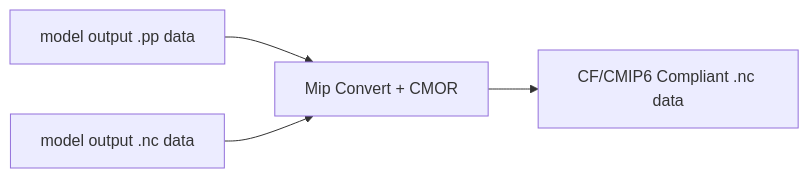
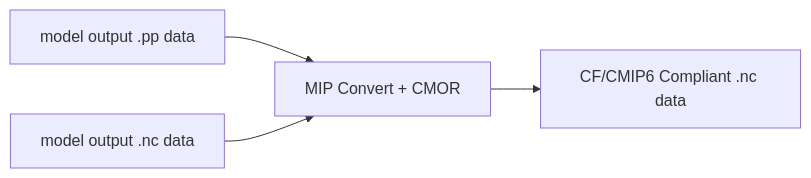
The diagram in docs/tutorials/mip_convert.md (MetOffice/CDDS), drawn with Mermaid before and after one commit. The commit also changed other lines of this file and 1 other file, not shown here.

````diff
--- a/docs/tutorials/mip_convert.md
+++ b/docs/tutorials/mip_convert.md
@@ -5,6 +5,6 @@
 ``` mermaid
 graph LR
-  A[model output .pp data] --> C[Mip Convert + CMOR];
+  A[model output .pp data] --> C[MIP Convert + CMOR];
   B[model output .nc data] --> C;
   C --> D[CF/CMIP6 Compliant .nc data];
 ```  
````
